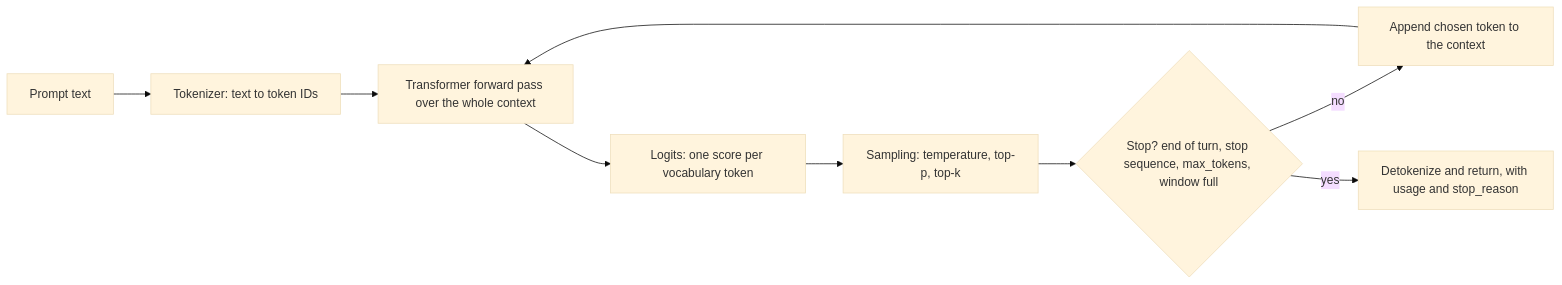
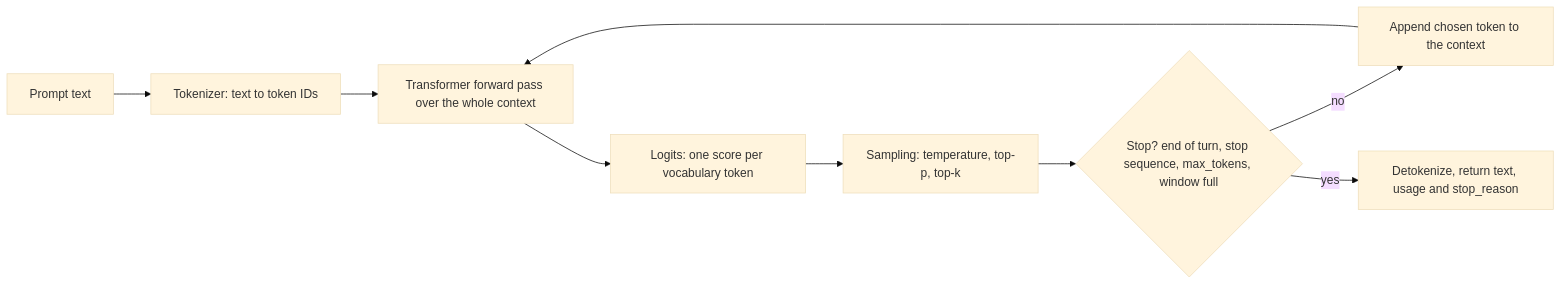
Before and after one commit to vishalhulawale/knowledge-base: the first of 2 diagrams in docs/genai/01-llm-fundamentals-tokens-context-window-temperature-hallucina.md, drawn with Mermaid (base theme). The commit also changed other lines of this file and 2 other files, not shown here.

````diff
--- a/docs/genai/01-llm-fundamentals-tokens-context-window-temperature-hallucina.md
+++ b/docs/genai/01-llm-fundamentals-tokens-context-window-temperature-hallucina.md
@@ -31,11 +31,11 @@
 ```mermaid
 flowchart LR
     A["Prompt text"] --> B["Tokenizer: text to token IDs"]
     B --> C["Transformer forward pass over the whole context"]
     C --> D["Logits: one score per vocabulary token"]
     D --> E["Sampling: temperature, top-p, top-k"]
     E --> F{"Stop? end of turn, stop sequence, max_tokens, window full"}
     F -->|no| G["Append chosen token to the context"]
     G --> C
-    F -->|yes| H["Detokenize and return, with usage and stop_reason"]
+    F -->|yes| H["Detokenize, return text, usage and stop_reason"]
 ```
````
